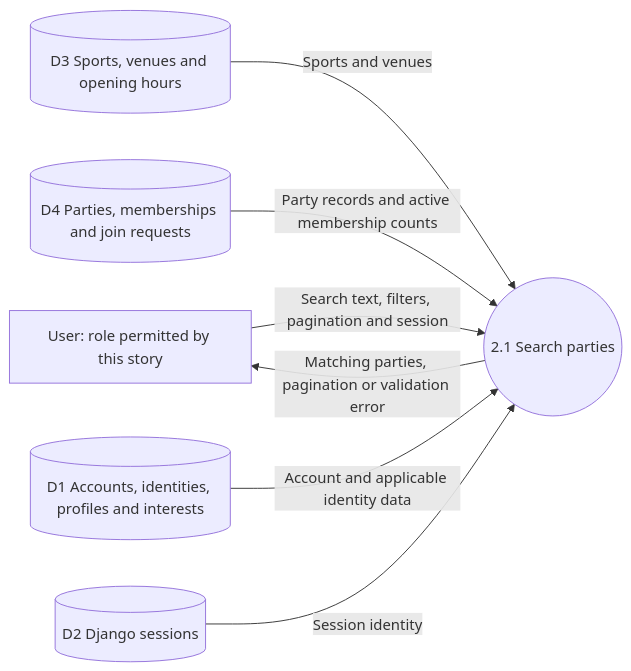
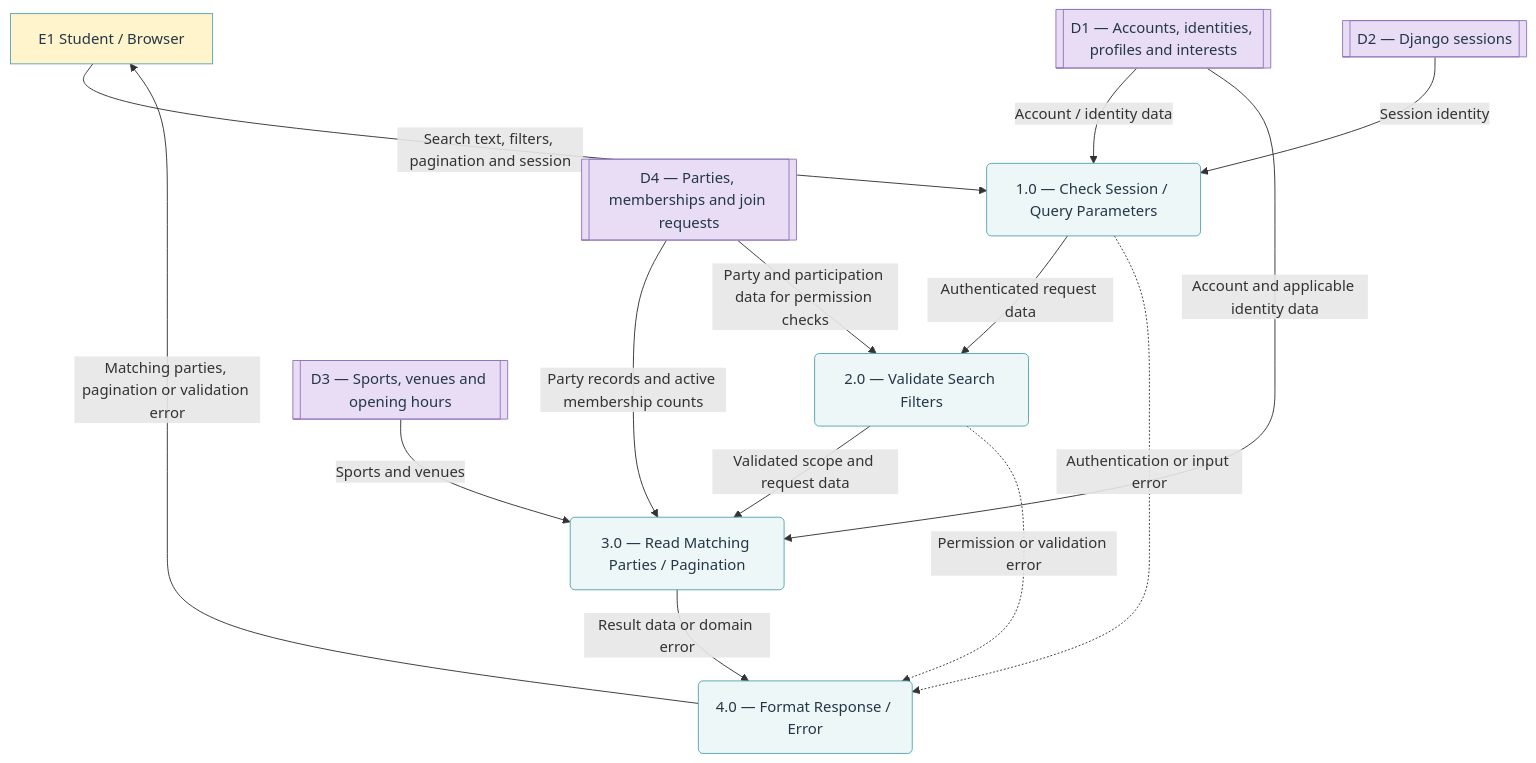
The second of 2 diagrams in docs/diagrams/data-flow/us2/README.md (GearJP2/cs261-group2-100001), drawn with Mermaid before and after one commit. The commit also changed other lines of this file and 40 other files, not shown here.

````diff
--- a/docs/diagrams/data-flow/us2/README.md
+++ b/docs/diagrams/data-flow/us2/README.md
@@ -7,15 +26,28 @@
 ```mermaid
-flowchart LR
-    U["User: role permitted by this story"]
-    P(("2.1 Search parties"))
-    D1[("D1 Accounts, identities, profiles and interests")]
-    D2[("D2 Django sessions")]
-    D3[("D3 Sports, venues and opening hours")]
-    D4[("D4 Parties, memberships and join requests")]
-    U -->|"Search text, filters, pagination and session"| P
-    P -->|"Matching parties, pagination or validation error"| U
-    D3 -->|"Sports and venues"| P
-    D4 -->|"Party records and active membership counts"| P
-    D1 -->|"Account and applicable identity data"| P
-    D2 -->|"Session identity"| P
+flowchart TB
+    E["E1 Student / Browser"]:::entity
+    P1("1.0 — Check Session / Query Parameters"):::process
+    P2("2.0 — Validate Search Filters"):::process
+    P3("3.0 — Read Matching Parties / Pagination"):::process
+    P4("4.0 — Format Response / Error"):::process
+    E -->|"Search text, filters, pagination and session"| P1
+    P1 -->|"Authenticated request data"| P2
+    P2 -->|"Validated scope and request data"| P3
+    P3 -->|"Result data or domain error"| P4
+    P4 -->|"Matching parties, pagination or validation error"| E
+    P1 -.->|"Authentication or input error"| P4
+    P2 -.->|"Permission or validation error"| P4
+    D1[["D1 — Accounts, identities, profiles and interests"]]:::store
+    D2[["D2 — Django sessions"]]:::store
+    D3[["D3 — Sports, venues and opening hours"]]:::store
+    D4[["D4 — Parties, memberships and join requests"]]:::store
+    D3 -->|"Sports and venues"| P3
+    D4 -->|"Party records and active membership counts"| P3
+    D4 -->|"Party and participation data for permission checks"| P2
+    D1 -->|"Account / identity data"| P1
+    D1 -->|"Account and applicable identity data"| P3
+    D2 -->|"Session identity"| P1
+    classDef entity fill:#fff4cc,stroke:#55a5b1,color:#243746
+    classDef process fill:#eef7f8,stroke:#55a5b1,color:#243746
+    classDef store fill:#e8ddf5,stroke:#9475bc,color:#243746
 ```
````
